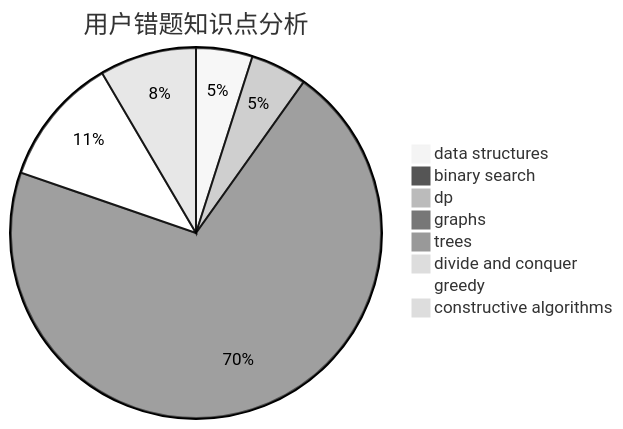
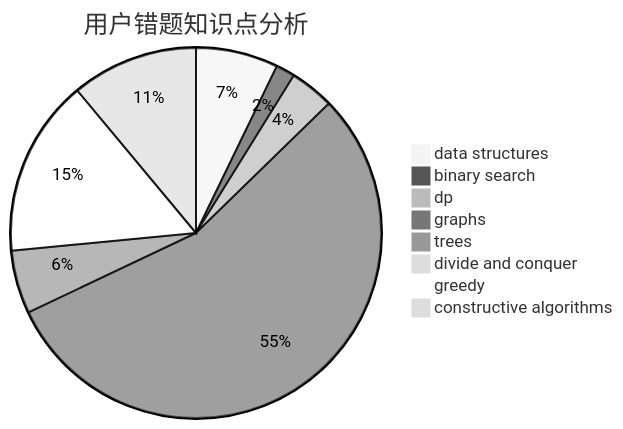
The third of 3 diagrams in docs/user/u2099.md (sherpahu/cfrs.github.io), drawn with Mermaid (neutral theme) before and after one commit. The commit also changed other lines of this file and 2770 other files, not shown here.

````diff
--- a/docs/user/u2099.md
+++ b/docs/user/u2099.md
@@ -36,11 +36,11 @@
 ```mermaid
 pie title 用户错题知识点分析
-    "data structures" :  7
-    "binary search" :  0
+    "data structures" :  13
+    "binary search" :  3
     "dp" :  7
     "graphs" :  100
-    "trees" :  1
+    "trees" :  10
     "divide and conquer" :  0
-    "greedy" :  16
-    "constructive algorithms" :  12
+    "greedy" :  28
+    "constructive algorithms" :  20
 ```
````
